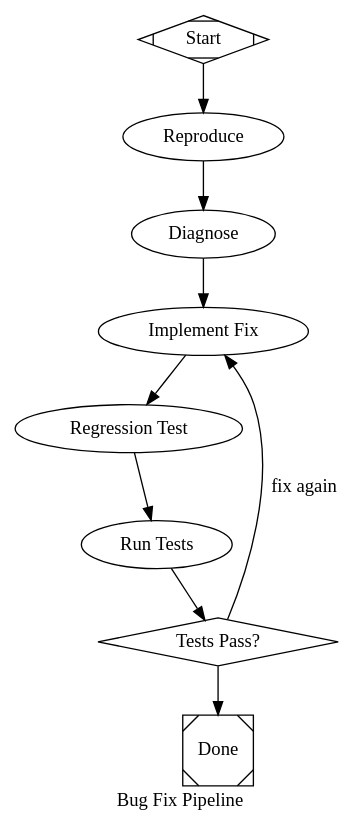
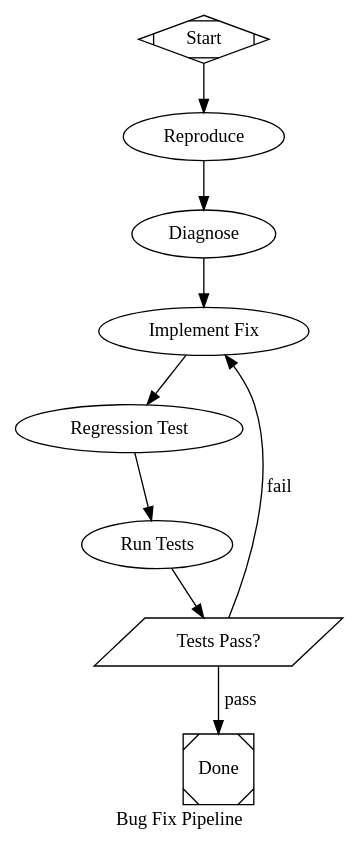
The diagram in examples/pipelines/practical/bug-fix.dot (microsoft/amplifier-bundle-attractor), drawn with Graphviz before and after one commit. The commit also changed 16 other files, not shown here.

```diff
--- a/examples/pipelines/practical/bug-fix.dot
+++ b/examples/pipelines/practical/bug-fix.dot
@@ -1,58 +1,65 @@
 // bug-fix.dot -- Systematic bug fix pipeline.
 //
 // Reproduce, diagnose, fix, write regression test, verify.
 // Model-agnostic: every node runs on your configured default provider/model.
 
 digraph BugFix {
     graph [
         goal="$goal",
         label="Bug Fix Pipeline",
         default_max_retry=3,
         default_fidelity="full",
         default_thread_id="bug-fix"
     ]
 
     start [shape=Mdiamond, label="Start"]
     done  [shape=Msquare, label="Done"]
 
     // Stage 1: Reproduce the bug
     reproduce [
         label="Reproduce",
         prompt="Attempt to reproduce the bug described in the goal. Write a minimal reproduction script and run it. Capture the error output. If you cannot reproduce it, document what you tried."
     ]
 
     // Stage 2: Diagnose the root cause (reasoning-heavy).
     // Want a stronger reasoning model just for this step? Add a model_stylesheet
     // and tag this node with a class -- see examples/pipelines/06-model-stylesheet.dot.
     diagnose [
         label="Diagnose",
         prompt="Analyze the reproduction results and the relevant source code. Identify the root cause. Explain: (1) what is happening, (2) why it is happening, (3) which file(s) and line(s) are responsible."
     ]
 
     // Stage 3: Implement the fix
     implement_fix [
         label="Implement Fix",
         prompt="Implement the minimal fix for the diagnosed root cause. Change only what is necessary. Explain each change and why it resolves the issue.",
         goal_gate=true,
         retry_target="implement_fix"
     ]
 
     // Stage 4: Write a regression test
     regression_test [
         label="Regression Test",
         prompt="Write a regression test that: (1) fails without the fix (to prove it tests the right thing), (2) passes with the fix. Add it to the existing test suite."
     ]
 
     // Stage 5: Run all tests
     run_tests [
         label="Run Tests",
         prompt="Run the full test suite (pytest -v --tb=short). All tests must pass, including the new regression test. Report results."
     ]
 
-    // Stage 6: Gate -- routes based on test outcome
-    test_gate [shape=diamond, label="Tests Pass?"]
+    // Stage 6: Evidence gate -- runs pytest and routes on the result.
+    // shape=parallelogram runs the tool_command directly (not via LLM).
+    // Prints "pass" (exit 0) or "fail" (exit non-0) as the last stdout line.
+    // Edges condition on context.tool.last_line -- the proven routing pattern.
+    test_gate [
+        shape=parallelogram,
+        label="Tests Pass?",
+        tool_command="pytest -q > /dev/null 2>&1 && printf pass || printf fail"
+    ]
 
     start -> reproduce -> diagnose -> implement_fix -> regression_test -> run_tests -> test_gate
-    test_gate -> done [condition="outcome=success"]
-    test_gate -> implement_fix [condition="outcome!=success", label="fix again"]
+    test_gate -> done          [label="pass", condition="context.tool.last_line=pass"]
+    test_gate -> implement_fix [label="fail", condition="context.tool.last_line=fail"]
 }
```
